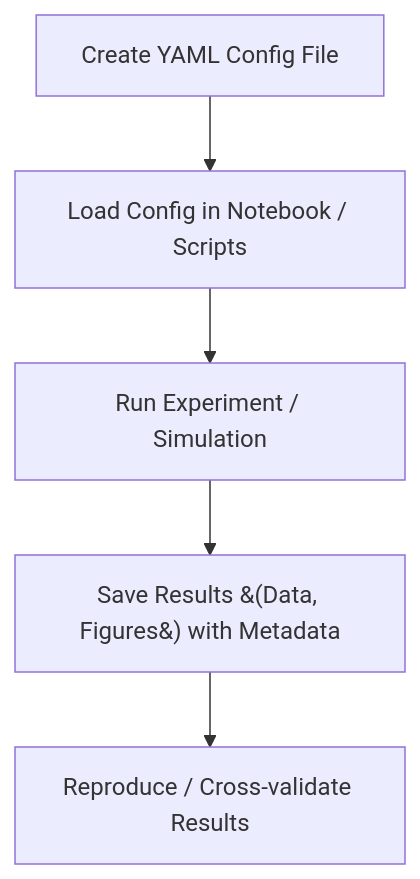
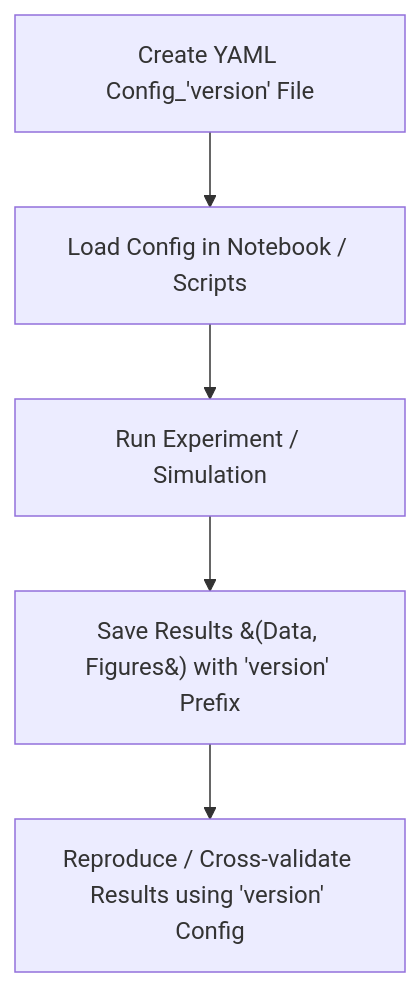
Before and after one commit to AnEvilBurrito/reproducible-scientific-notebook-template: the diagram in README.md, drawn with Mermaid.

Commit message:
Update README.md to clarify YAML config versioning in flowchart

````diff
--- a/README.md
+++ b/README.md
@@ -11,7 +11,7 @@
 ```mermaid
 flowchart TD
-    A[Create YAML Config File] --> B[Load Config in Notebook / Scripts]
+    A[Create YAML Config_'version' File] --> B[Load Config in Notebook / Scripts]
     B --> C[Run Experiment / Simulation]
-    C --> D[Save Results &#40;Data, Figures&#41; with Metadata]
-    D --> E[Reproduce / Cross-validate Results]
+    C --> D[Save Results &#40;Data, Figures&#41; with 'version' Prefix]
+    D --> E[Reproduce / Cross-validate Results using 'version' Config]
 ```
````
